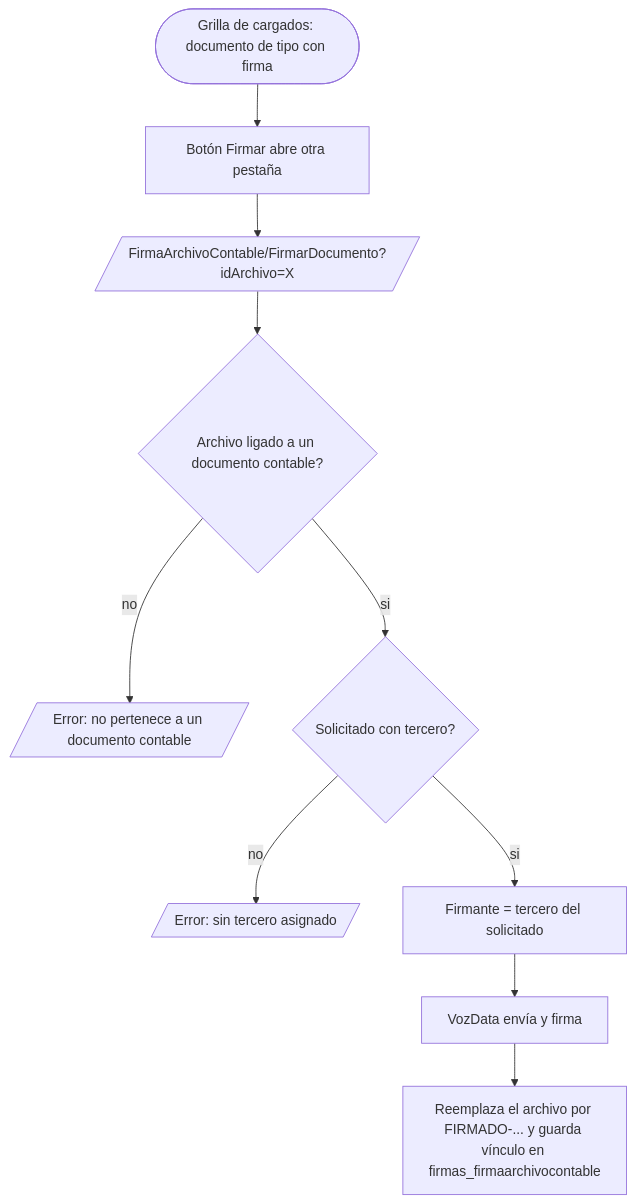
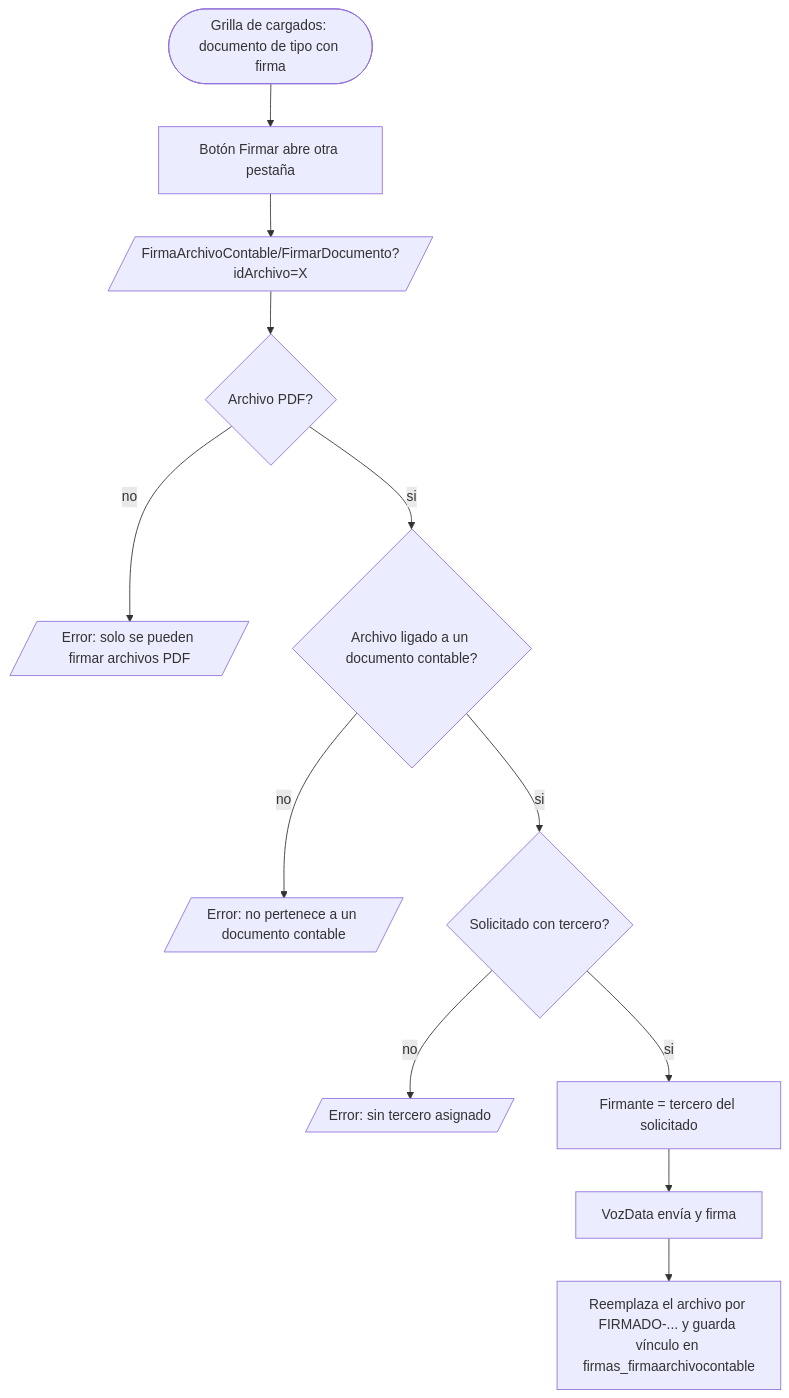
Before and after one commit to jhonomar26/GUIA-MD: the diagram in contabilidad/firma-documentos-contables/IMPLEMENTACION.md, drawn with Mermaid. The commit also changed other lines of this file and 27 other files, not shown here.

````diff
--- a/contabilidad/firma-documentos-contables/IMPLEMENTACION.md
+++ b/contabilidad/firma-documentos-contables/IMPLEMENTACION.md
@@ -8,12 +8,14 @@
 ```mermaid
 flowchart TD
     A([Grilla de cargados: documento de tipo con firma]) --> B[Botón Firmar abre otra pestaña]
     B --> C[/FirmaArchivoContable/FirmarDocumento?idArchivo=X/]
-    C --> D{Archivo ligado a un documento contable?}
+    C --> P{Archivo PDF?}
+    P -- no --> X0[/Error: solo se pueden firmar archivos PDF/]
+    P -- si --> D{Archivo ligado a un documento contable?}
     D -- no --> X1[/Error: no pertenece a un documento contable/]
     D -- si --> E{Solicitado con tercero?}
     E -- no --> X2[/Error: sin tercero asignado/]
     E -- si --> F[Firmante = tercero del solicitado]
     F --> G[VozData envía y firma]
     G --> H[Reemplaza el archivo por FIRMADO-... y guarda vínculo en firmas_firmaarchivocontable]
 ```
````
